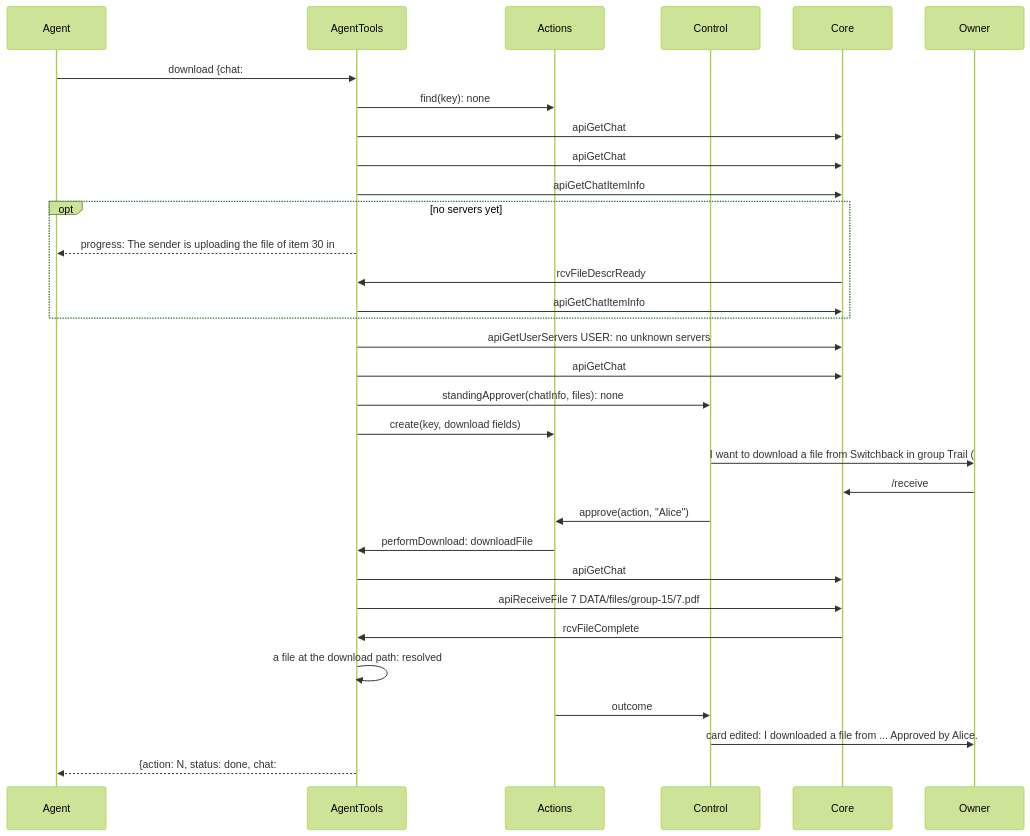
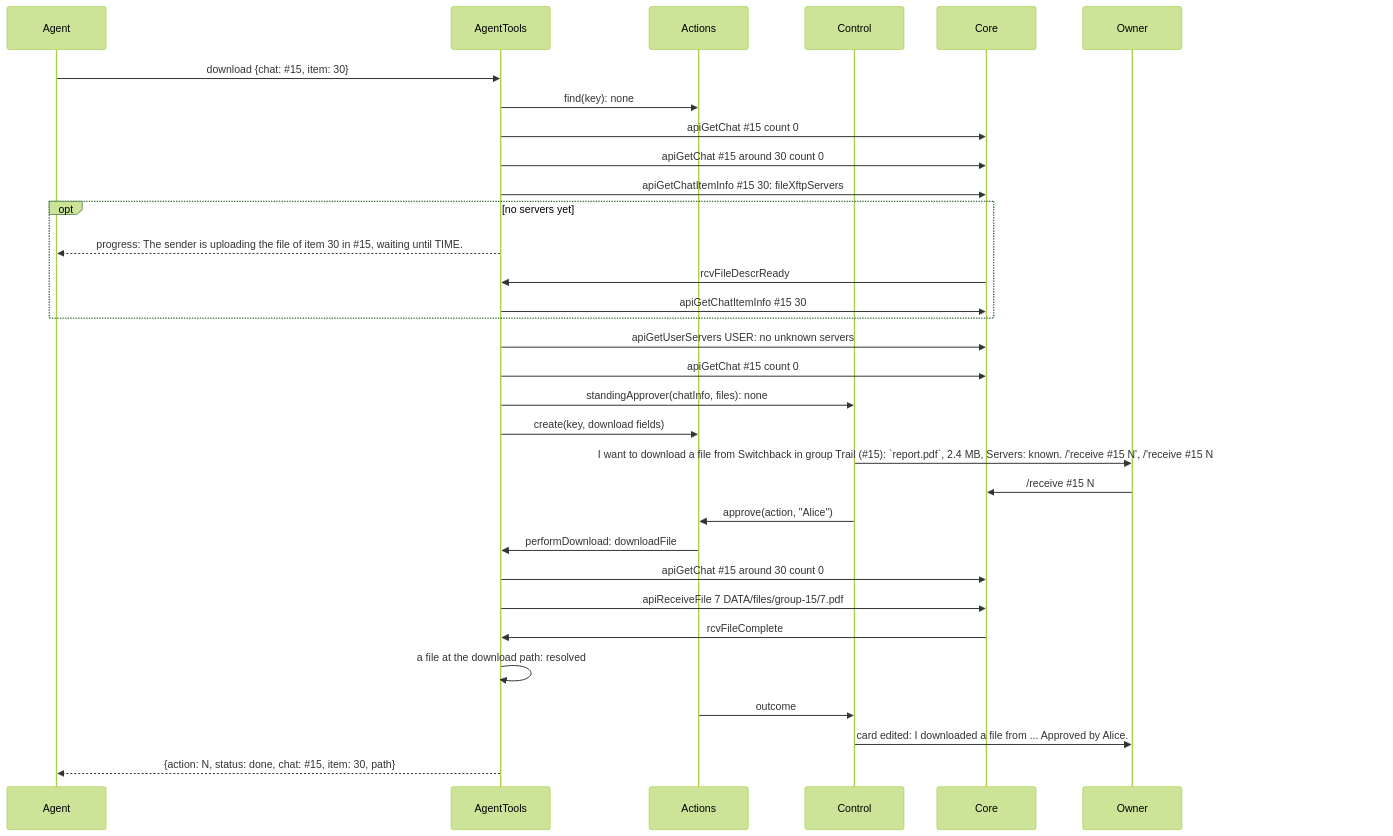
Diagram 13 of 30 in packages/simplex-chat-mcp/spec/flows.md (simplex-chat/simplex-chat), drawn with Mermaid (forest theme) before and after one commit. The commit also changed other lines of this file and 1 other file, not shown here.

First line of the commit message:
mcp: spec diagrams render whole on GitHub

````diff
--- a/packages/simplex-chat-mcp/spec/flows.md
+++ b/packages/simplex-chat-mcp/spec/flows.md
@@ -580,34 +580,34 @@
 ```mermaid
 sequenceDiagram
   participant A as Agent
   participant T as AgentTools
   participant X as Actions
   participant K as Control
   participant C as Core
   participant O as Owner
-  A->>T: download {chat: #15, item: 30}
+  A->>T: download {chat: #35;15, item: 30}
   T->>X: find(key): none
-  T->>C: apiGetChat #15 count 0
-  T->>C: apiGetChat #15 around 30 count 0
-  T->>C: apiGetChatItemInfo #15 30: fileXftpServers
+  T->>C: apiGetChat #35;15 count 0
+  T->>C: apiGetChat #35;15 around 30 count 0
+  T->>C: apiGetChatItemInfo #35;15 30: fileXftpServers
   opt no servers yet
-    T-->>A: progress: The sender is uploading the file of item 30 in #15, waiting until TIME.
+    T-->>A: progress: The sender is uploading the file of item 30 in #35;15, waiting until TIME.
     C->>T: rcvFileDescrReady
-    T->>C: apiGetChatItemInfo #15 30
+    T->>C: apiGetChatItemInfo #35;15 30
   end
   T->>C: apiGetUserServers USER: no unknown servers
-  T->>C: apiGetChat #15 count 0
+  T->>C: apiGetChat #35;15 count 0
   T->>K: standingApprover(chatInfo, files): none
   T->>X: create(key, download fields)
-  K->>O: I want to download a file from Switchback in group Trail (#15): `report.pdf`, 2.4 MB, Servers: known. /'receive #15 N', /'receive #15 N all', /'forward #15 N' or /'reject #15 N'
-  O->>C: /receive #15 N
+  K->>O: I want to download a file from Switchback in group Trail (#35;15): `report.pdf`, 2.4 MB, Servers: known. /'receive #35;15 N', /'receive #35;15 N all', /'forward #35;15 N' or /'reject #35;15 N'
+  O->>C: /receive #35;15 N
   K->>X: approve(action, "Alice")
   X->>T: performDownload: downloadFile
-  T->>C: apiGetChat #15 around 30 count 0
+  T->>C: apiGetChat #35;15 around 30 count 0
   T->>C: apiReceiveFile 7 DATA/files/group-15/7.pdf
   C->>T: rcvFileComplete
   T->>T: a file at the download path: resolved
   X->>K: outcome
   K->>O: card edited: I downloaded a file from ... Approved by Alice.
-  T-->>A: {action: N, status: done, chat: #15, item: 30, path}
+  T-->>A: {action: N, status: done, chat: #35;15, item: 30, path}
 ```
````
